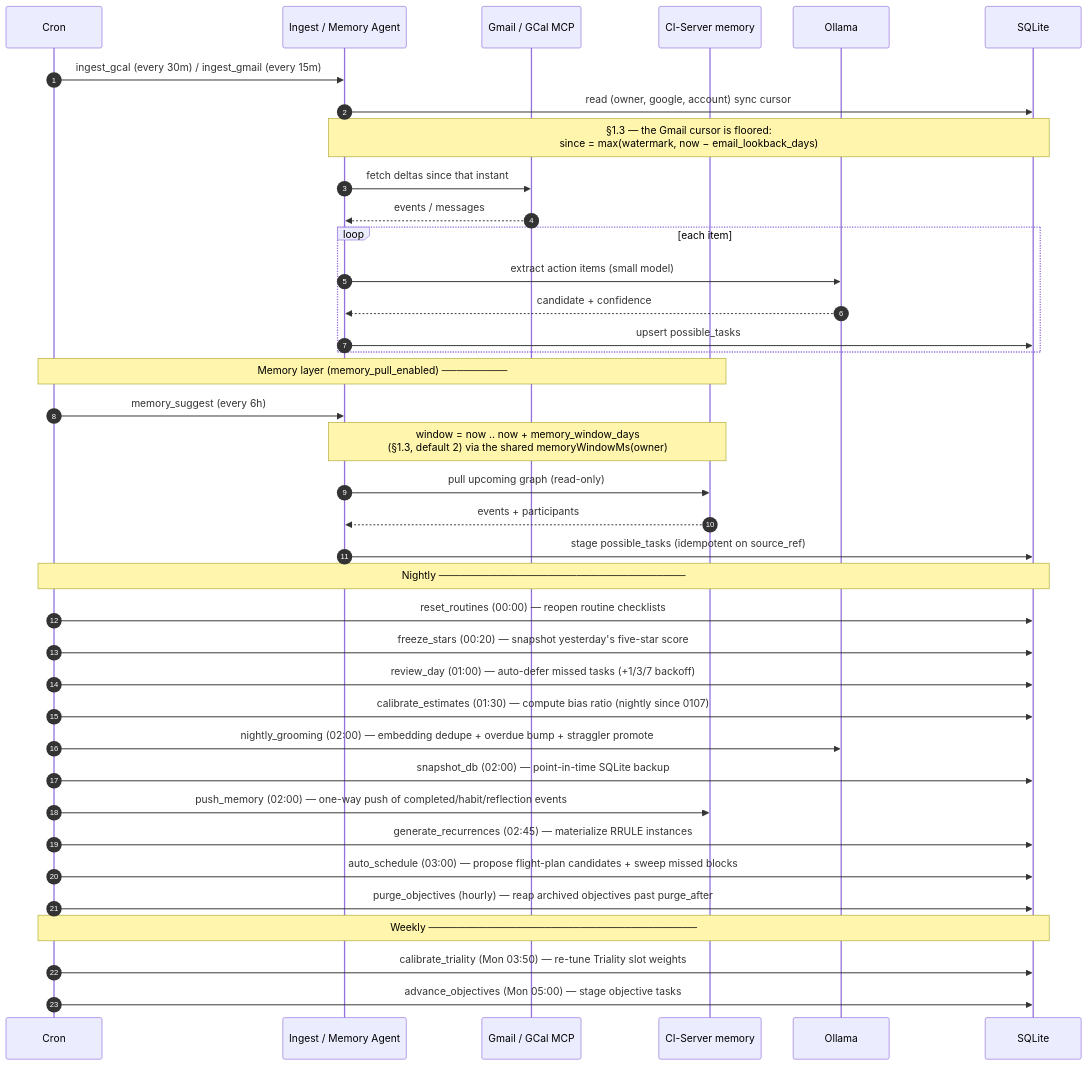
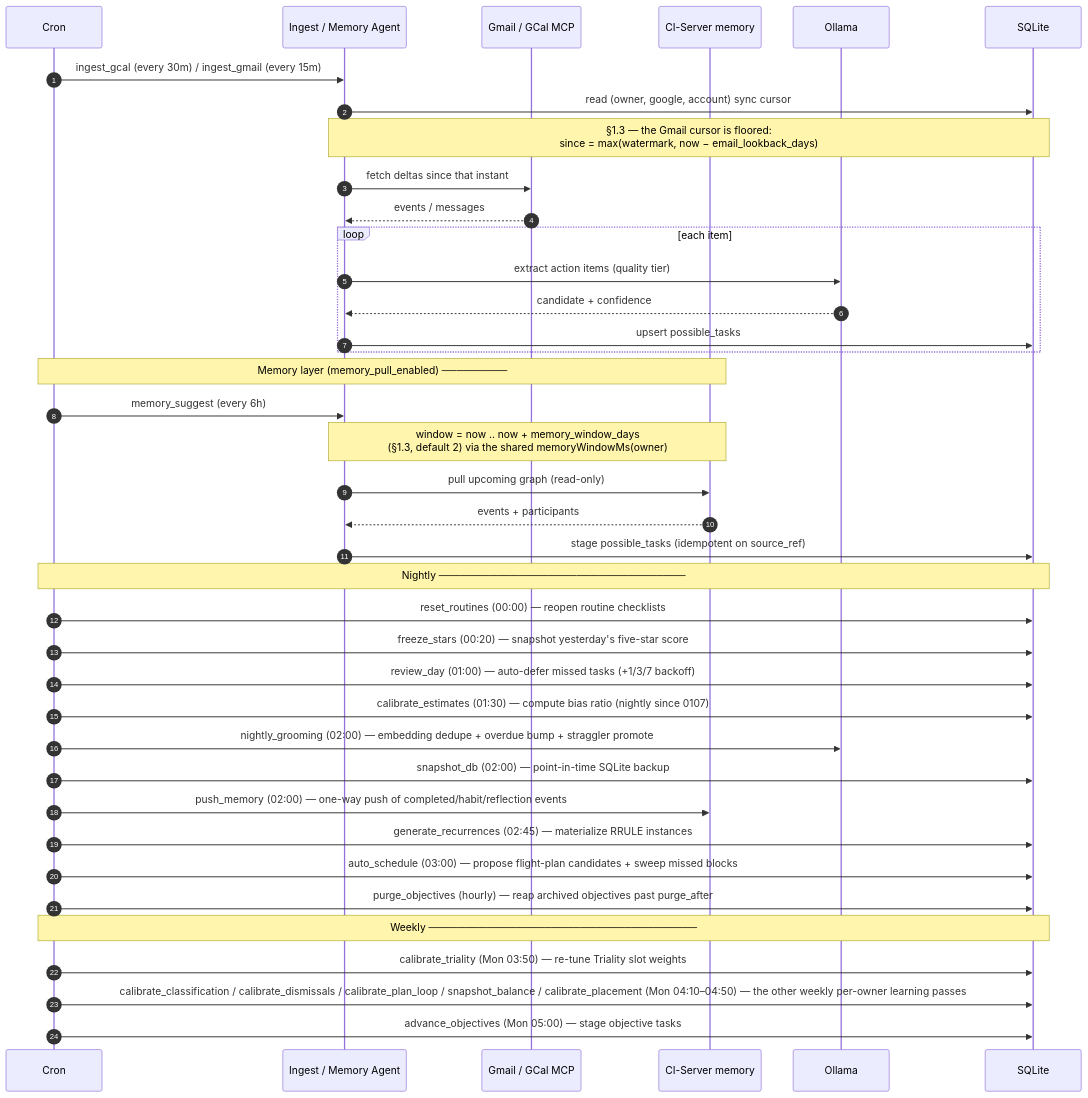
The fourth of 8 diagrams in ARCHITECTURE.md (companionintelligence/CI-Planning), drawn with Mermaid before and after one commit. The commit also changed other lines of this file and 30 other files, not shown here.

````diff
--- a/ARCHITECTURE.md
+++ b/ARCHITECTURE.md
@@ -792,45 +878,46 @@
 ```mermaid
 sequenceDiagram
     autonumber
     participant Cron
     participant Ing as Ingest / Memory Agent
     participant MCP as Gmail / GCal MCP
     participant Mem as CI-Server memory
     participant LLM as Ollama
     participant DB as SQLite
 
     Cron->>Ing: ingest_gcal (every 30m) / ingest_gmail (every 15m)
     Ing->>DB: read (owner, google, account) sync cursor
     Note over Ing,DB: §1.3 — the Gmail cursor is floored:<br/>since = max(watermark, now − email_lookback_days)
     Ing->>MCP: fetch deltas since that instant
     MCP-->>Ing: events / messages
     loop each item
-        Ing->>LLM: extract action items (small model)
+        Ing->>LLM: extract action items (quality tier)
         LLM-->>Ing: candidate + confidence
         Ing->>DB: upsert possible_tasks
     end
 
     Note over Cron,Mem: Memory layer (memory_pull_enabled) ─────────
     Cron->>Ing: memory_suggest (every 6h)
     Note over Ing,Mem: window = now .. now + memory_window_days<br/>(§1.3, default 2) via the shared memoryWindowMs(owner)
     Ing->>Mem: pull upcoming graph (read-only)
     Mem-->>Ing: events + participants
     Ing->>DB: stage possible_tasks (idempotent on source_ref)
 
     Note over Cron,DB: Nightly ──────────────────────────────────
     Cron->>DB: reset_routines (00:00) — reopen routine checklists
     Cron->>DB: freeze_stars (00:20) — snapshot yesterday's five-star score
     Cron->>DB: review_day (01:00) — auto-defer missed tasks (+1/3/7 backoff)
     Cron->>DB: calibrate_estimates (01:30) — compute bias ratio (nightly since 0107)
     Cron->>LLM: nightly_grooming (02:00) — embedding dedupe + overdue bump + straggler promote
     Cron->>DB: snapshot_db (02:00) — point-in-time SQLite backup
     Cron->>Mem: push_memory (02:00) — one-way push of completed/habit/reflection events
     Cron->>DB: generate_recurrences (02:45) — materialize RRULE instances
     Cron->>DB: auto_schedule (03:00) — propose flight-plan candidates + sweep missed blocks
 
     Cron->>DB: purge_objectives (hourly) — reap archived objectives past purge_after
 
     Note over Cron,DB: Weekly ─────────────────────────────────────
     Cron->>DB: calibrate_triality (Mon 03:50) — re-tune Triality slot weights
+    Cron->>DB: calibrate_classification / calibrate_dismissals / calibrate_plan_loop / snapshot_balance / calibrate_placement (Mon 04:10–04:50) — the other weekly per-owner learning passes
     Cron->>DB: advance_objectives (Mon 05:00) — stage objective tasks
 ```
````
